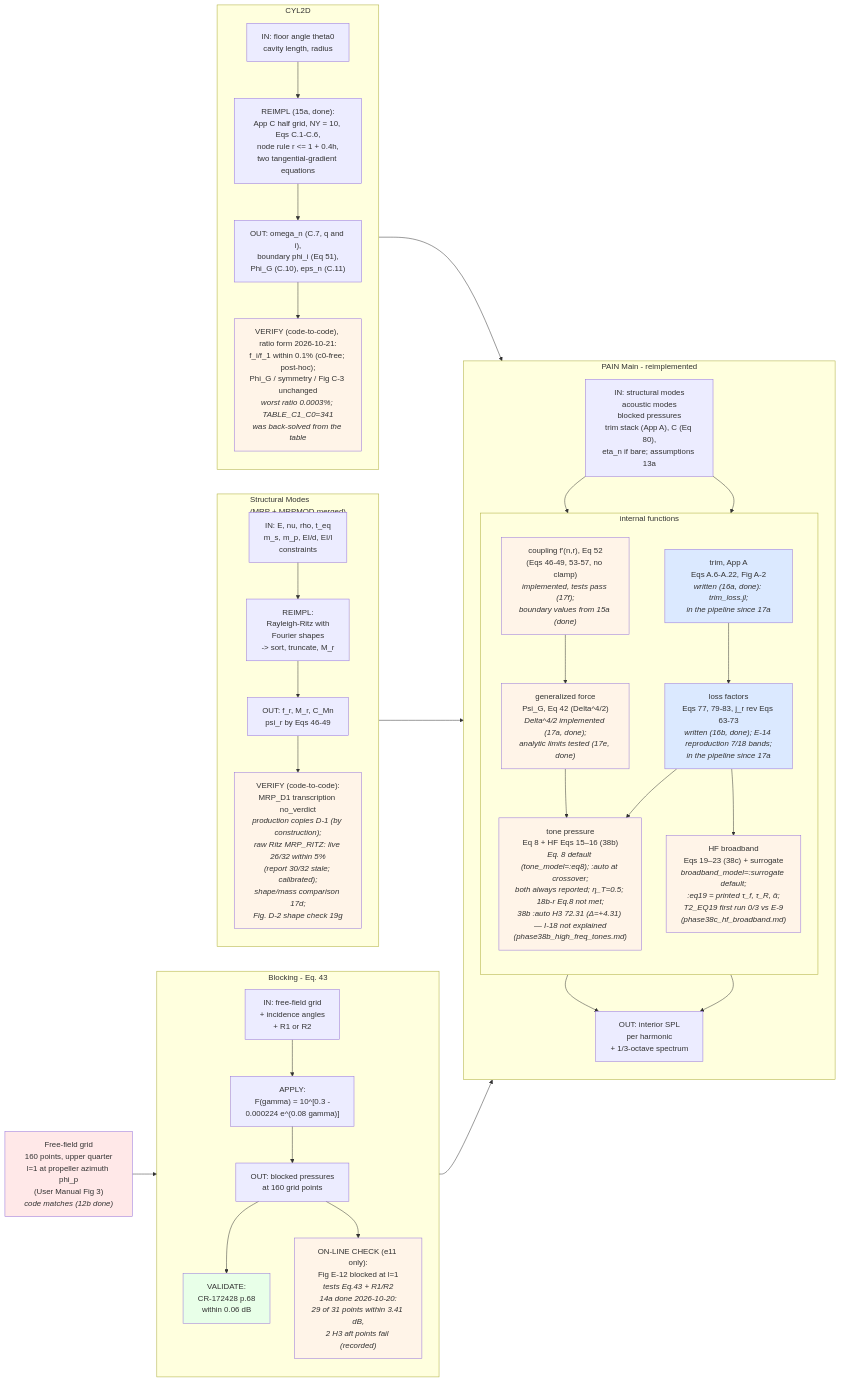
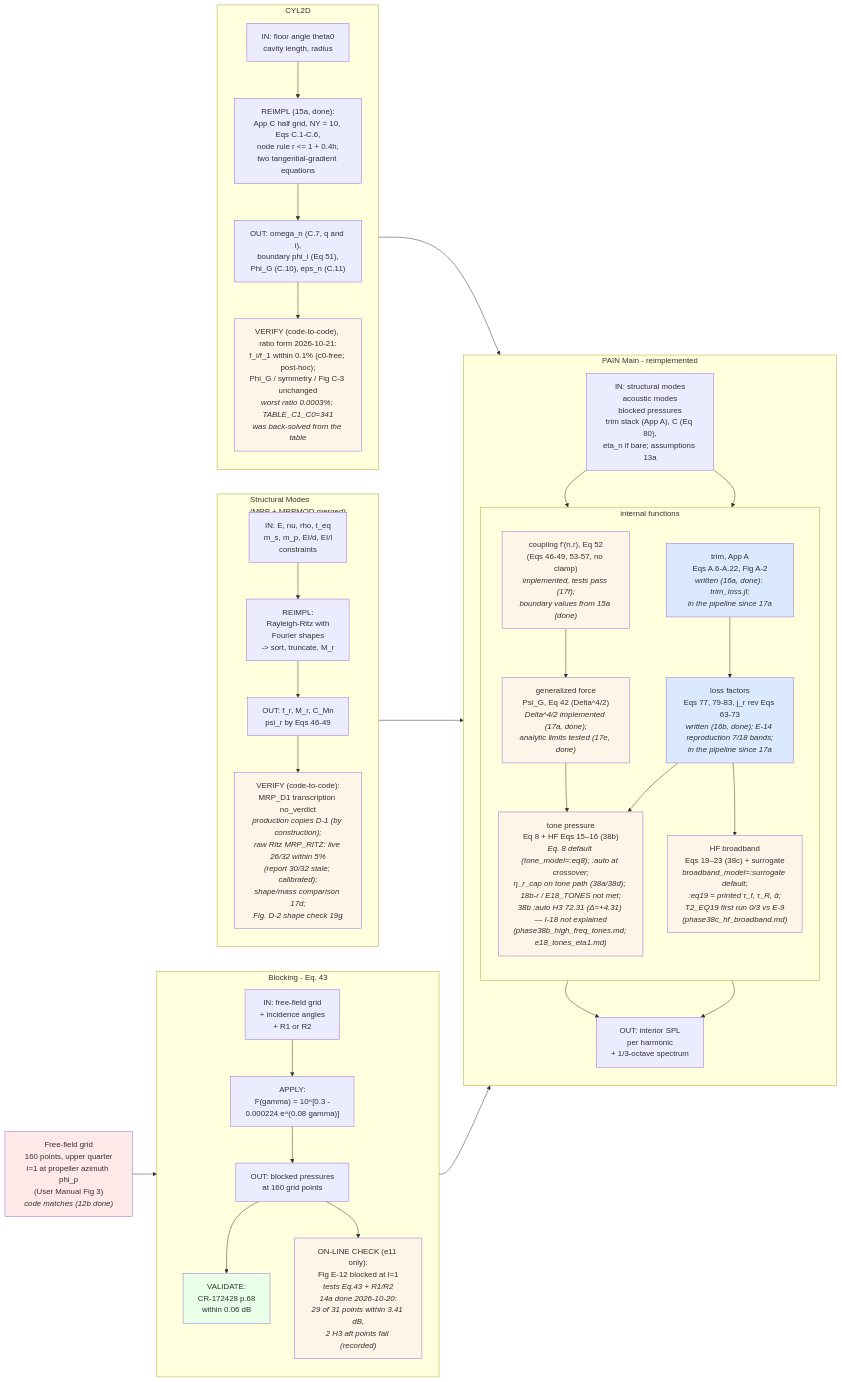
The fourth of 6 diagrams in rea-work/docs/flowchart.md (hoangf1/PAIN), drawn with Mermaid before and after one commit. The commit also changed other lines of this file and 14 other files, not shown here.

Commit message:
38d/38e: E18_TONES (not met, 2/3) and E15_STRUCT_LOSS (info) cases

````diff
--- a/rea-work/docs/flowchart.md
+++ b/rea-work/docs/flowchart.md
@@ -154,70 +154,70 @@
 ```mermaid
 flowchart LR
     GRID["Free-field grid<br/>160 points, upper quarter<br/>l=1 at propeller azimuth phi_p<br/>(User Manual Fig 3)<br/><i>code matches (12b done)</i>"]
 
     subgraph BLK["Blocking - Eq. 43"]
         direction TB
         B_IN["IN: free-field grid<br/>+ incidence angles<br/>+ R1 or R2"]
         B_FUNC["APPLY:<br/>F(gamma) = 10^[0.3 -<br/>0.000224 e^(0.08 gamma)]"]
         B_OUT["OUT: blocked pressures<br/>at 160 grid points"]
         B_VAL["VALIDATE:<br/>CR-172428 p.68<br/>within 0.06 dB"]
         B_VAL2["ON-LINE CHECK (e11 only):<br/>Fig E-12 blocked at l=1<br/><i>tests Eq.43 + R1/R2<br/>14a done 2026-10-20:<br/>29 of 31 points within 3.41 dB,<br/>2 H3 aft points fail (recorded)</i>"]
         B_IN --> B_FUNC --> B_OUT --> B_VAL
         B_OUT --> B_VAL2
     end
 
     subgraph MRP["Structural Modes<br/>(MRP + MRPMOD merged)"]
         direction TB
         M_IN["IN: E, nu, rho, t_eq<br/>m_s, m_p, EI/d, EI/l<br/>constraints"]
         M_FUNC["REIMPL:<br/>Rayleigh-Ritz with<br/>Fourier shapes<br/>-> sort, truncate, M_r"]
         M_OUT["OUT: f_r, M_r, C_Mn<br/>psi_r by Eqs 46-49"]
         M_VAL["VERIFY (code-to-code):<br/>MRP_D1 transcription no_verdict<br/><i>production copies D-1 (by construction);<br/>raw Ritz MRP_RITZ: live 26/32 within 5%<br/>(report 30/32 stale; calibrated);<br/>shape/mass comparison 17d;<br/>Fig. D-2 shape check 19g</i>"]
         M_IN --> M_FUNC --> M_OUT --> M_VAL
     end
 
     subgraph CYL["CYL2D"]
         direction TB
         C_IN["IN: floor angle theta0<br/>cavity length, radius"]
         C_FUNC["REIMPL (15a, done):<br/>App C half grid, NY = 10, Eqs C.1-C.6,<br/>node rule r &lt;= 1 + 0.4h,<br/>two tangential-gradient equations"]
         C_OUT["OUT: omega_n (C.7, q and i),<br/>boundary phi_i (Eq 51),<br/>Phi_G (C.10), eps_n (C.11)"]
         C_VAL["VERIFY (code-to-code), ratio form 2026-10-21:<br/>f_i/f_1 within 0.1% (c0-free; post-hoc);<br/>Phi_G / symmetry / Fig C-3 unchanged<br/><i>worst ratio 0.0003%; TABLE_C1_C0=341<br/>was back-solved from the table</i>"]
         C_IN --> C_FUNC --> C_OUT --> C_VAL
     end
 
     subgraph PAIN["PAIN Main - reimplemented"]
         direction TB
         P_IN["IN: structural modes<br/>acoustic modes<br/>blocked pressures<br/>trim stack (App A), C (Eq 80),<br/>eta_n if bare; assumptions 13a"]
         subgraph FUNC["internal functions"]
             direction TB
             F2["coupling f'(n,r), Eq 52<br/>(Eqs 46-49, 53-57, no clamp)<br/><i>implemented, tests pass (17f);<br/>boundary values from 15a (done)</i>"]
             F3["generalized force<br/>Psi_G, Eq 42 (Delta^4/2)<br/><i>Delta^4/2 implemented (17a, done);<br/>analytic limits tested (17e, done)</i>"]
             F4["trim, App A<br/>Eqs A.6-A.22, Fig A-2<br/><i>written (16a, done): trim_loss.jl;<br/>in the pipeline since 17a</i>"]
             F5["loss factors<br/>Eqs 77, 79-83, j_r rev Eqs 63-73<br/><i>written (16b, done); E-14 reproduction 7/18 bands;<br/>in the pipeline since 17a</i>"]
-            F6["tone pressure<br/>Eq 8 + HF Eqs 15–16 (38b)<br/><i>Eq. 8 default (tone_model=:eq8); :auto at crossover;<br/>both always reported; η_T=0.5; 18b-r Eq.8 not met;<br/>38b :auto H3 72.31 (Δ=+4.31) — I-18 not explained<br/>(phase38b_high_freq_tones.md)</i>"]
+            F6["tone pressure<br/>Eq 8 + HF Eqs 15–16 (38b)<br/><i>Eq. 8 default (tone_model=:eq8); :auto at crossover;<br/>η_r_cap on tone path (38a/38d); 18b-r / E18_TONES not met;<br/>38b :auto H3 72.31 (Δ=+4.31) — I-18 not explained<br/>(phase38b_high_freq_tones.md; e18_tones_eta1.md)</i>"]
             F7["HF broadband<br/>Eqs 19–23 (38c) + surrogate<br/><i>broadband_model=:surrogate default;<br/>:eq19 = printed τ_f, τ_R, ᾱ;<br/>T2_EQ19 first run 0/3 vs E-9<br/>(phase38c_hf_broadband.md)</i>"]
         end
         P_OUT["OUT: interior SPL<br/>per harmonic<br/>+ 1/3-octave spectrum"]
         P_IN --> F2 --> F3 --> F6
         P_IN --> F4 --> F5 --> F6
         F5 --> F7
         F6 --> P_OUT
         F7 --> P_OUT
     end
 
     GRID --> B_IN
     B_VAL --> P_IN
     C_VAL --> P_IN
     M_VAL --> P_IN
 
     style F2 fill:#fff4e8
     style F3 fill:#fff4e8
     style F4 fill:#dbe9ff
     style F5 fill:#dbe9ff
     style F6 fill:#fff4e8
     style F7 fill:#fff4e8
     style B_VAL fill:#e8ffe8
     style B_VAL2 fill:#fff4e8
     style C_VAL fill:#fff4e8
     style M_VAL fill:#fff4e8
     style GRID fill:#ffe8e8
 ```
````
